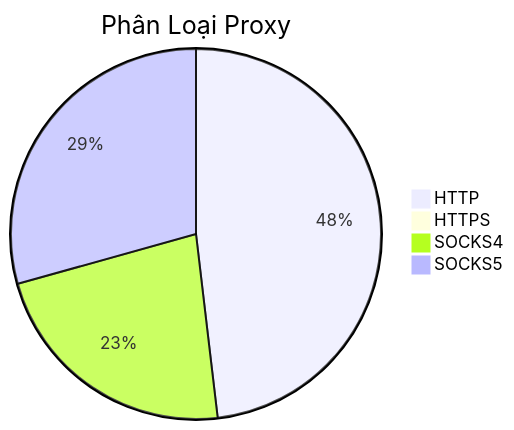
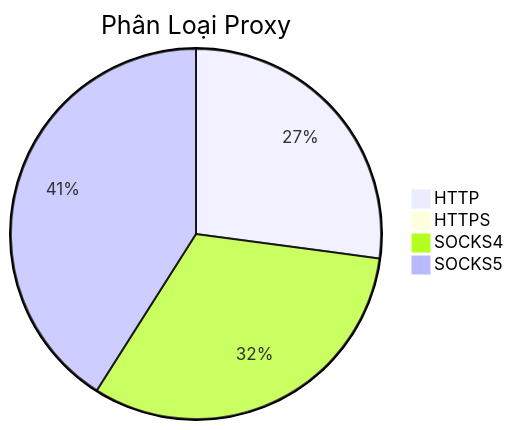
Before and after one commit to Ciara-12/PROXY-free: the diagram in README.md, drawn with Mermaid. The commit also changed other lines of this file and 4 other files, not shown here.

````diff
--- a/README.md
+++ b/README.md
@@ -26,7 +26,7 @@
 ```mermaid
 pie title Phân Loại Proxy
-    "HTTP" : 1068
-    "HTTPS" : 2
-    "SOCKS4" : 500
-    "SOCKS5" : 651
+    "HTTP" : 496
+    "HTTPS" : 1
+    "SOCKS4" : 583
+    "SOCKS5" : 750
 ```
````
